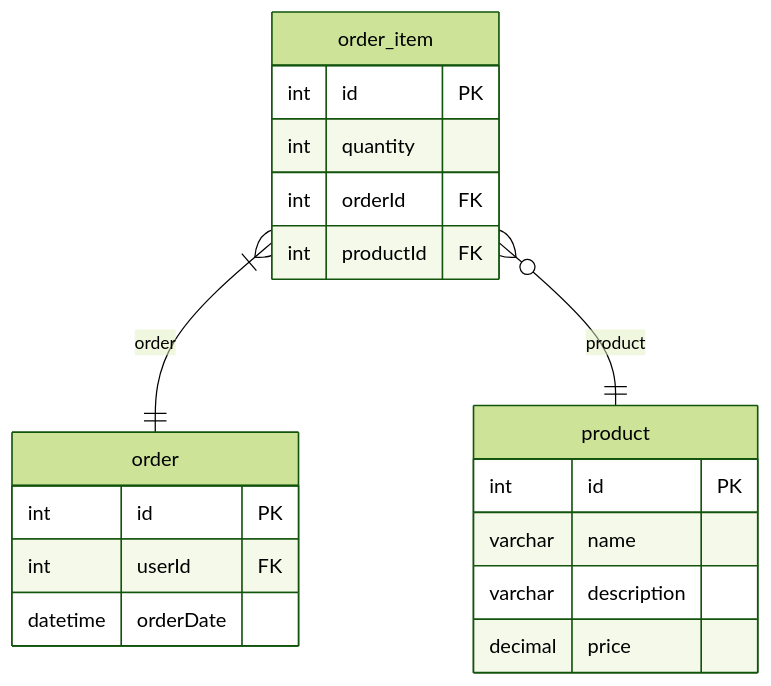
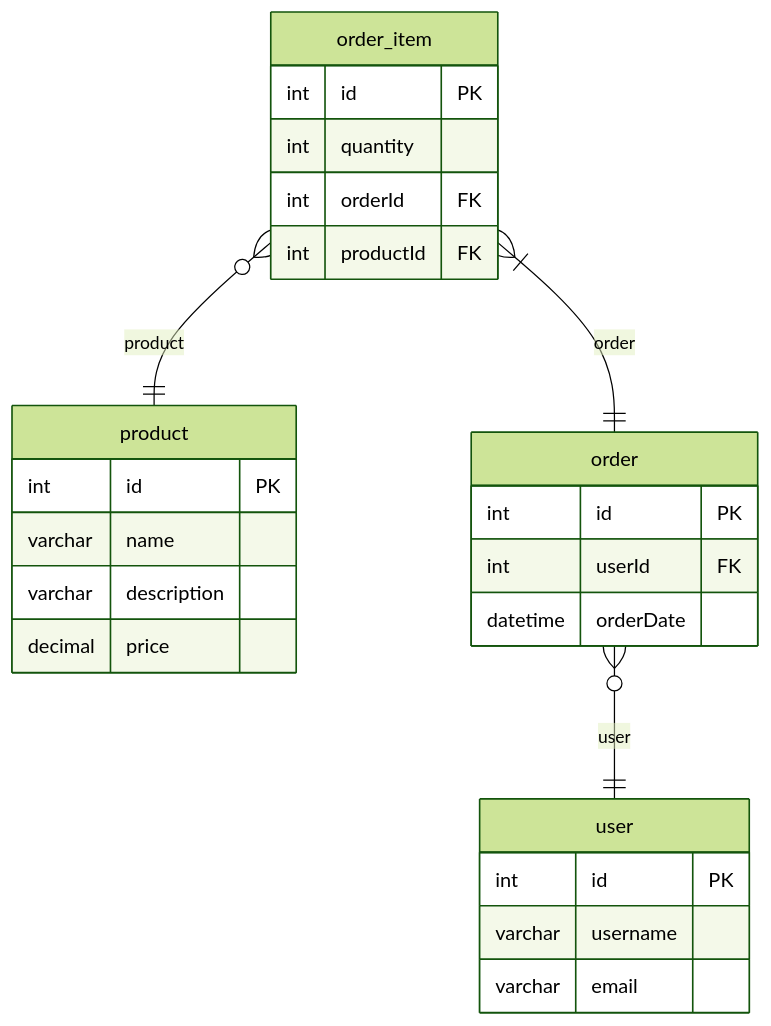
The second of 3 diagrams in test/test-nestjs-app/docs/mysql-erd.md (hermin9804/typeorm-markdown-generator), drawn with Mermaid (forest theme) before and after one commit. The commit also changed other lines of this file and 8 other files, not shown here.

````diff
--- a/test/test-nestjs-app/docs/mysql-erd.md
+++ b/test/test-nestjs-app/docs/mysql-erd.md
@@ -134,22 +61,28 @@
 ```mermaid
 erDiagram
   product {
     int id PK
     varchar name
     varchar description
     decimal price
   }
   order_item {
     int id PK
     int quantity
     int orderId FK
     int productId FK
   }
   order {
     int id PK
     int userId FK
     datetime orderDate
   }
+  user {
+    int id PK
+    varchar username
+    varchar email
+  }
   order_item }|--|| order: order
   order_item }o--|| product: product
+  order }o--|| user: user
 ```
````
